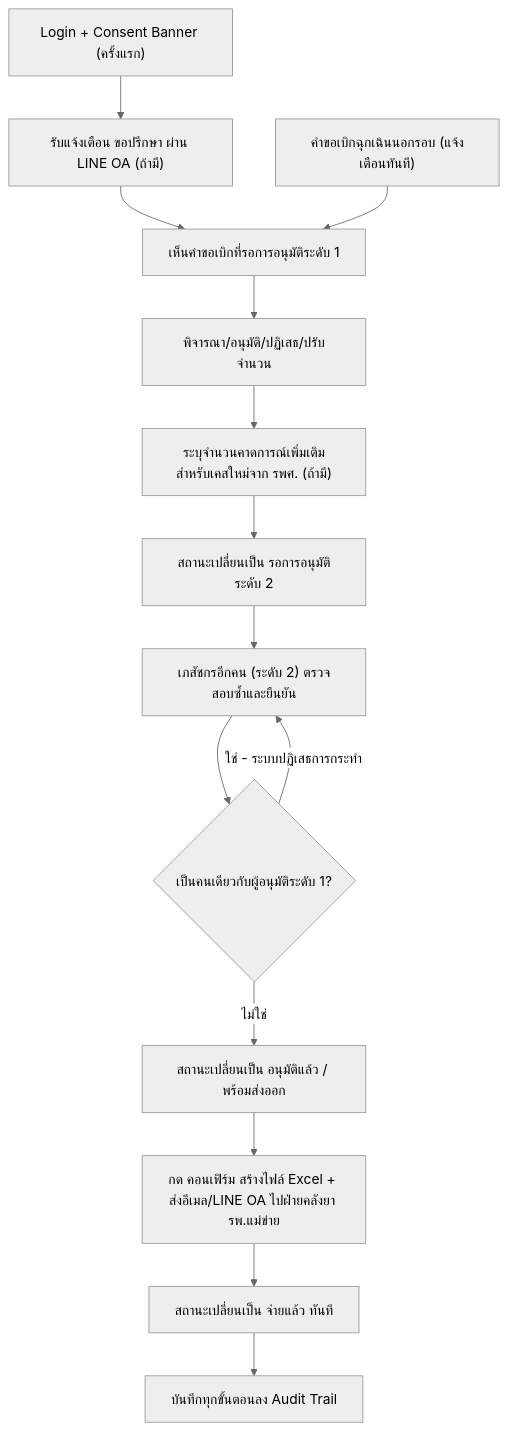
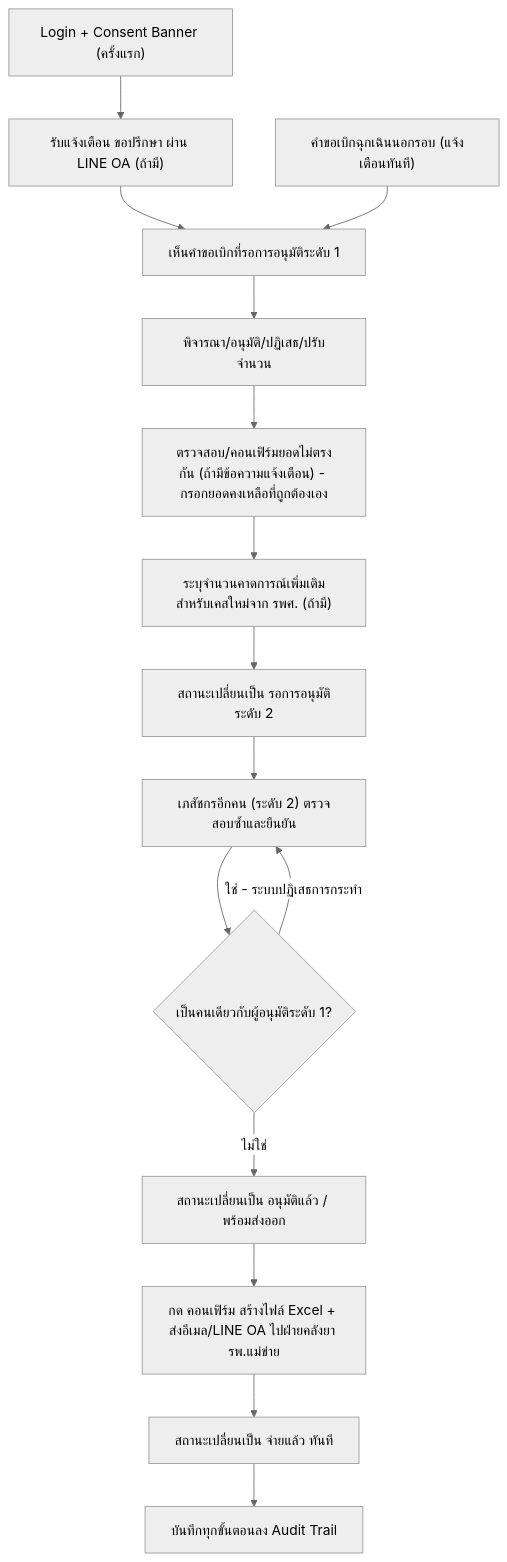
Before and after one commit to 6910127-warang/sync_smart: the diagram in 01-requirements/03-user-journey/pharmacist-journey.md, drawn with Mermaid (neutral theme). The commit also changed other lines of this file and 55 other files, not shown here.

First line of the commit message:
Add architecture, data model, API spec, and detailed design docs

````diff
--- a/01-requirements/03-user-journey/pharmacist-journey.md
+++ b/01-requirements/03-user-journey/pharmacist-journey.md
@@ -9,16 +9,17 @@
 ```mermaid
 flowchart TD
     A["Login + Consent Banner (ครั้งแรก)"] --> B["รับแจ้งเตือน ขอปรึกษา ผ่าน LINE OA (ถ้ามี)"]
     B --> C["เห็นคำขอเบิกที่รอการอนุมัติระดับ 1"]
     C --> D["พิจารณา/อนุมัติ/ปฏิเสธ/ปรับจำนวน"]
-    D --> E["ระบุจำนวนคาดการณ์เพิ่มเติมสำหรับเคสใหม่จาก รพศ. (ถ้ามี)"]
+    D --> D2["ตรวจสอบ/คอนเฟิร์มยอดไม่ตรงกัน (ถ้ามีข้อความแจ้งเตือน) - กรอกยอดคงเหลือที่ถูกต้องเอง"]
+    D2 --> E["ระบุจำนวนคาดการณ์เพิ่มเติมสำหรับเคสใหม่จาก รพศ. (ถ้ามี)"]
     E --> F["สถานะเปลี่ยนเป็น รอการอนุมัติระดับ 2"]
     F --> G["เภสัชกรอีกคน (ระดับ 2) ตรวจสอบซ้ำและยืนยัน"]
     G --> H{"เป็นคนเดียวกับผู้อนุมัติระดับ 1?"}
     H -- "ใช่ - ระบบปฏิเสธการกระทำ" --> G
     H -- "ไม่ใช่" --> I["สถานะเปลี่ยนเป็น อนุมัติแล้ว / พร้อมส่งออก"]
     I --> J["กด คอนเฟิร์ม สร้างไฟล์ Excel + ส่งอีเมล/LINE OA ไปฝ่ายคลังยา รพ.แม่ข่าย"]
     J --> K["สถานะเปลี่ยนเป็น จ่ายแล้ว ทันที"]
     K --> N["บันทึกทุกขั้นตอนลง Audit Trail"]
     L["คำขอเบิกฉุกเฉินนอกรอบ (แจ้งเตือนทันที)"] --> C
 ```
````
